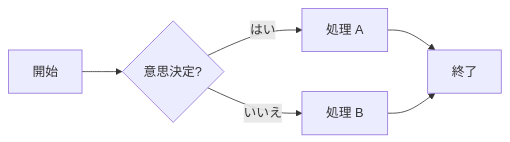
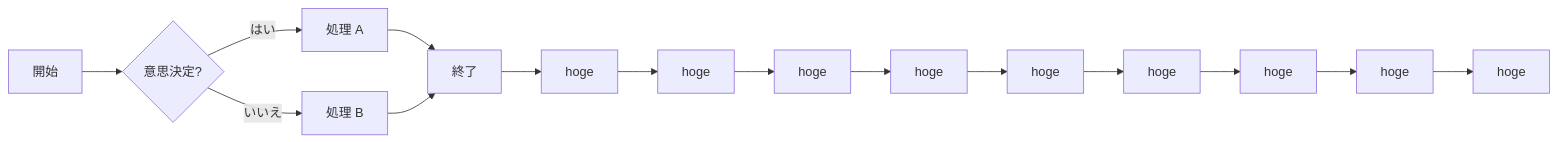
One commit to jun-kashiwagi/mkdocs-sandbox changed the second of 4 diagrams in docs/style-guide.md. Above: the diagram before and after it, drawn with Mermaid. The commit also changed 1 other file, not shown here.

Commit message:
mermaidの画像サイズ修正

````diff
--- a/docs/style-guide.md
+++ b/docs/style-guide.md
@@ -105,8 +105,17 @@
 ```mermaid
 graph LR
     A[開始] --> B{意思決定?};
     B -- はい --> C[処理 A];
     B -- いいえ --> D[処理 B];
     C --> E[終了];
     D --> E;
+    E --> F[hoge];
+    F --> G[hoge];
+    G --> H[hoge];
+    H --> I[hoge];
+    I --> J[hoge];
+    J --> K[hoge];
+    K --> L[hoge];
+    L --> M[hoge];
+    M --> N[hoge];
 ```
````
